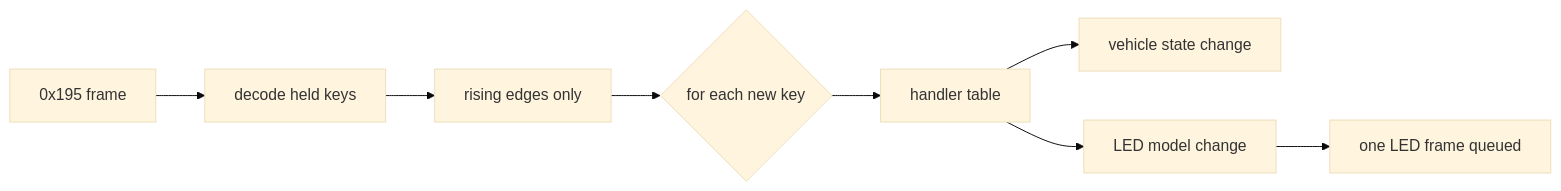
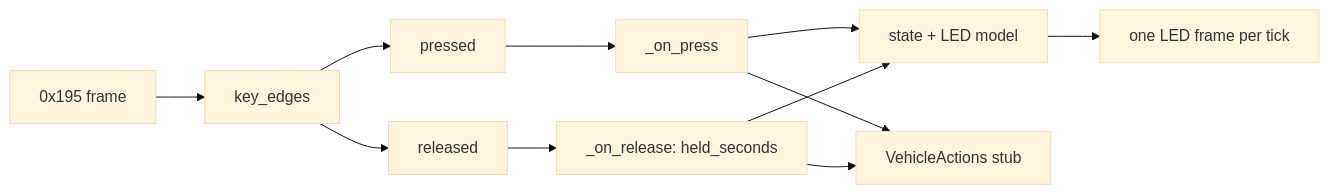
One commit to dreamev/mm-ecu changed the diagram in lode/keypad/button-behaviors.md. Above: the diagram before and after it, drawn with Mermaid (base theme). The commit also changed other lines of this file and 14 other files, not shown here.

First line of the commit message:
feat: handle all 12 keys; stub vehicle actions; key release + hold time

````diff
--- a/lode/keypad/button-behaviors.md
+++ b/lode/keypad/button-behaviors.md
@@ -30,8 +40,8 @@
 ```mermaid
 flowchart LR
-  F[0x195 frame] --> D[decode held keys] --> E[rising edges only] --> L{for each new key}
-  L --> H[handler table]
-  H --> S[vehicle state change]
-  H --> C[LED model change]
-  C --> O[one LED frame queued]
+  F[0x195 frame] --> E[key_edges] --> R[released] --> RH[_on_release: held_seconds]
+  E --> P[pressed] --> PH[_on_press]
+  PH & RH --> S[state + LED model]
+  PH & RH --> A[VehicleActions stub]
+  S --> O[one LED frame per tick]
 ```
````
